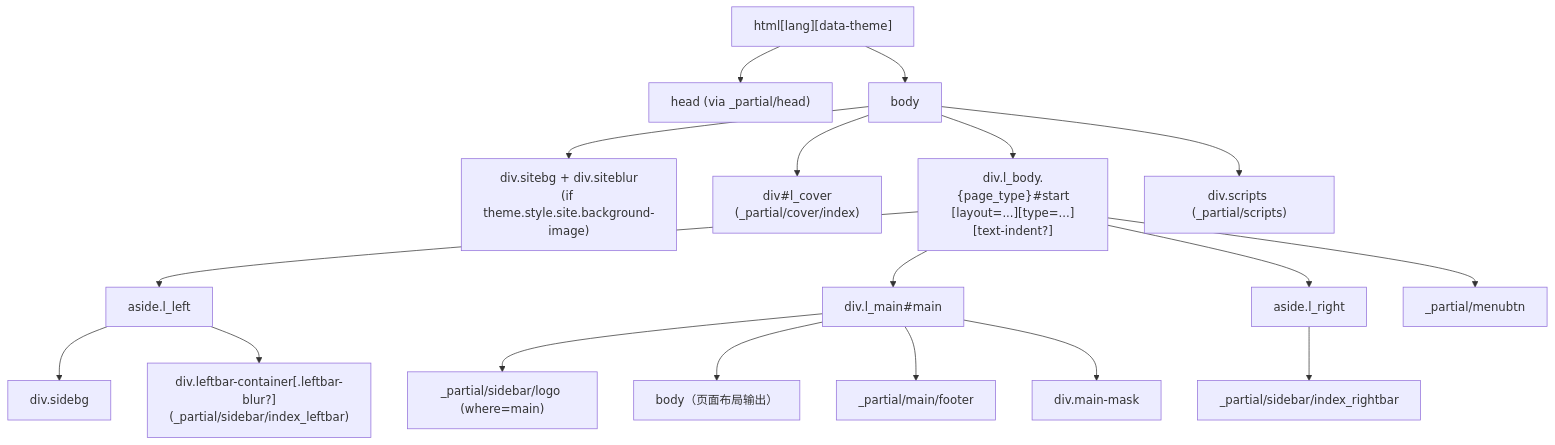
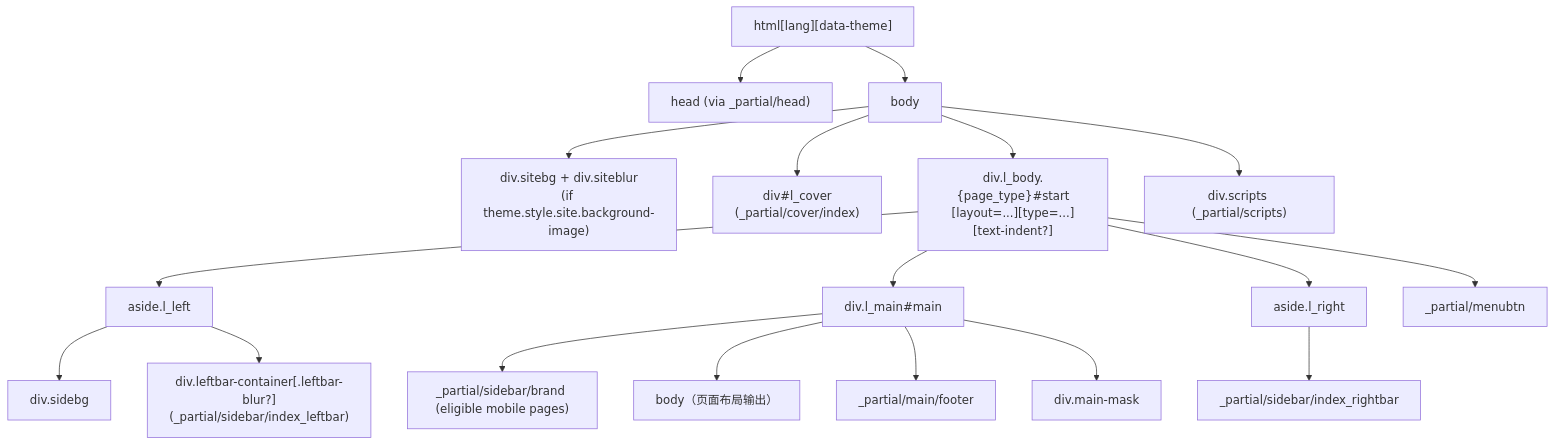
Before and after one commit to xaoxuu/hexo-theme-stellar: the third of 3 diagrams in docs/knowledge/02-布局系统/layout-overview.md, drawn with Mermaid. The commit also changed other lines of this file and 119 other files, not shown here.

````diff
--- a/docs/knowledge/02-布局系统/layout-overview.md
+++ b/docs/knowledge/02-布局系统/layout-overview.md
@@ -172,25 +175,25 @@
 ```mermaid
 graph TD
     HTML["html[lang][data-theme]"]
     HTML --> HEAD["head (via _partial/head)"]
     HTML --> BODY["body"]
     BODY --> SITEBG["div.sitebg + div.siteblur
 (if theme.style.site.background-image)"]
     BODY --> LCOVER["div#l_cover
 (_partial/cover/index)"]
     BODY --> LBODY["div.l_body.{page_type}#start
 [layout=...][type=...][text-indent?]"]
     LBODY --> LLEFT["aside.l_left"]
     LBODY --> LMAIN["div.l_main#main"]
     LBODY --> LRIGHT["aside.l_right"]
     LBODY --> MENUBTN["_partial/menubtn"]
     LLEFT --> SIDEBG["div.sidebg"]
     LLEFT --> LEFTBAR["div.leftbar-container[.leftbar-blur?]
 (_partial/sidebar/index_leftbar)"]
-    LMAIN --> LOGO["_partial/sidebar/logo (where=main)"]
+    LMAIN --> BRAND["_partial/sidebar/brand (eligible mobile pages)"]
     LMAIN --> PAGEBODY["body（页面布局输出）"]
     LMAIN --> FOOTER["_partial/main/footer"]
     LMAIN --> MAINMASK["div.main-mask"]
     LRIGHT --> RIGHTBAR["_partial/sidebar/index_rightbar"]
     BODY --> SCRIPTS["div.scripts (_partial/scripts)"]
 ```
````
